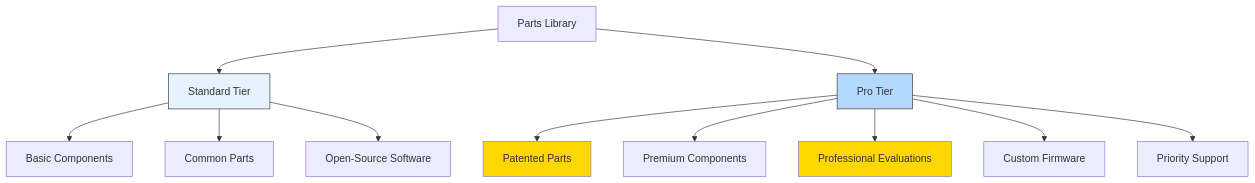
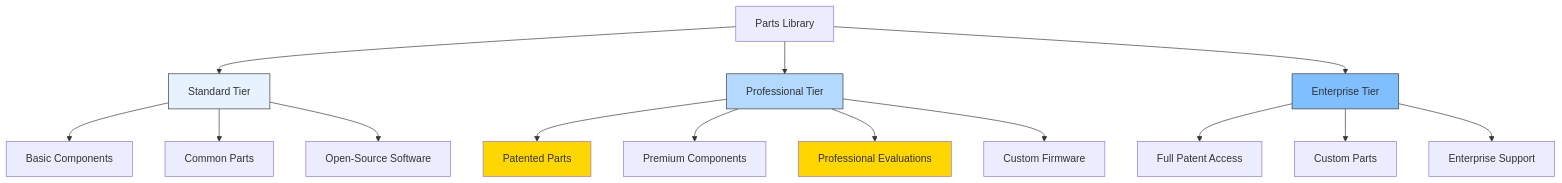
One commit to CatsMeow492/Sepulki changed the third of 6 diagrams in Pitch/presentation.md. Above: the diagram before and after it, drawn with Mermaid. The commit also changed other lines of this file, not shown here.

````diff
--- a/Pitch/presentation.md
+++ b/Pitch/presentation.md
@@ -120,17 +120,21 @@
 ```mermaid
 graph TB
     A[Parts Library] --> B[Standard Tier]
-    A --> C[Pro Tier]
-    B --> D[Basic Components]
-    B --> E[Common Parts]
-    B --> F[Open-Source Software]
-    C --> G[Patented Parts]
-    C --> H[Premium Components]
-    C --> I[Professional Evaluations]
-    C --> J[Custom Firmware]
-    C --> K[Priority Support]
+    A --> C[Professional Tier]
+    A --> D[Enterprise Tier]
+    B --> E[Basic Components]
+    B --> F[Common Parts]
+    B --> G[Open-Source Software]
+    C --> H[Patented Parts]
+    C --> I[Premium Components]
+    C --> J[Professional Evaluations]
+    C --> K[Custom Firmware]
+    D --> L[Full Patent Access]
+    D --> M[Custom Parts]
+    D --> N[Enterprise Support]
     style B fill:#e6f3ff,stroke:#333
     style C fill:#b3d9ff,stroke:#333
-    style G fill:#ffd700
-    style I fill:#ffd700
+    style D fill:#80bfff,stroke:#333
+    style H fill:#ffd700
+    style J fill:#ffd700
 ```
````
